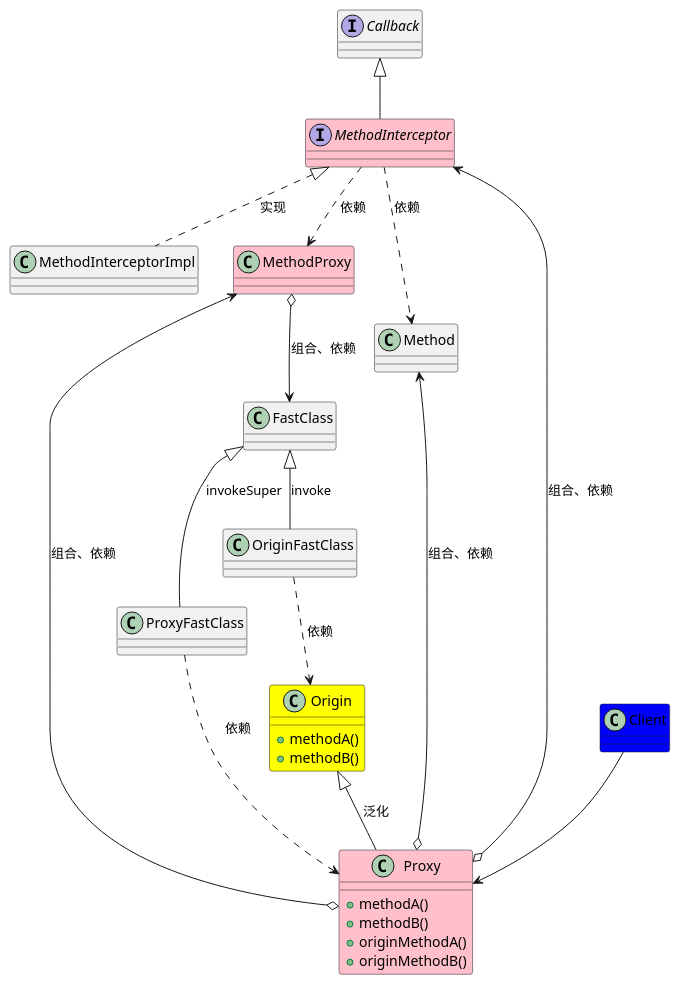
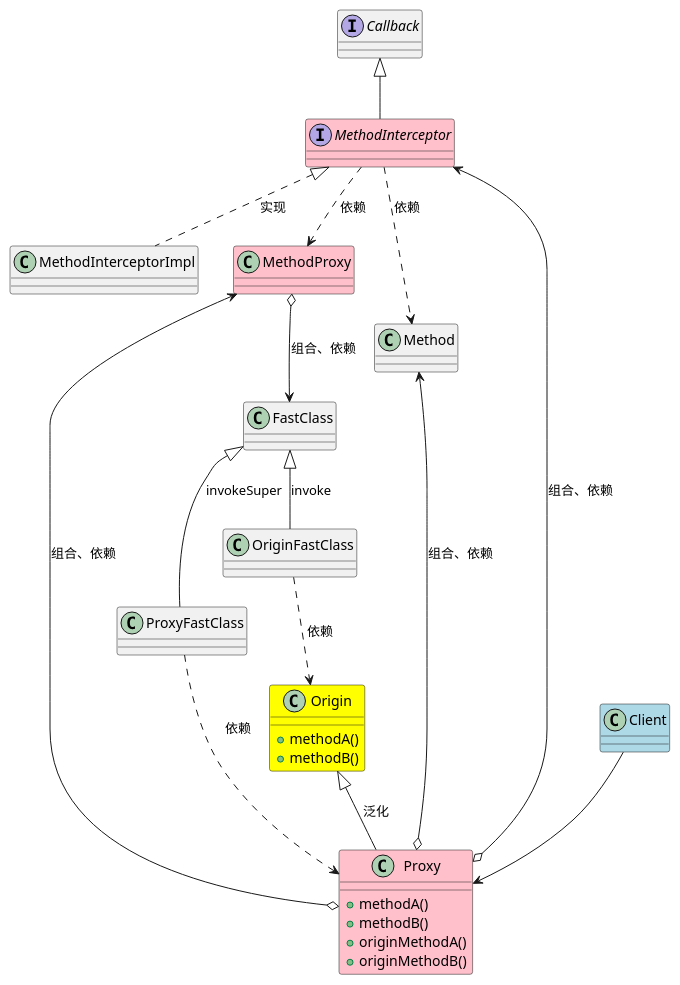
The diagram in src/main/java/chapter48/cglib.puml (wuxiongbo/design_patterns), drawn with PlantUML before and after one commit.

Commit message:
调整

```diff
--- a/src/main/java/chapter48/cglib.puml
+++ b/src/main/java/chapter48/cglib.puml
@@ -1,52 +1,52 @@
 @startuml
 'https://plantuml.com/class-diagram
 'MethodProxy 中包含了：
 '   原方法名对应方法的签名 和 生成方法名对应方法的签名
 '   原方法名对应方法的索引 和 生成方法名对应方法的索引
 '   被代理类class对象、代理类class对象
 
 '调用 proxy 的方法时，决定了 传入拦截器 的 MethodProxy。
 '因此，只要知道了对应的 MethodProxy，就可以同时知道 原方法名、生成方法名 的索引及签名
 '通常，代理方法 methodA、methodB 供外部调用，内部生成方法 CGLIB${xxx}${num} 供内部调用
 
 interface Callback
 interface MethodInterceptor #pink extends Callback
 class MethodInterceptorImpl
 
 
 class Proxy  #pink {
     + methodA()
     + methodB()
     + originMethodA()
     + originMethodB()
 }
 
 class Origin #yellow{
     + methodA()
     + methodB()
 }
-class Client #blue
+class Client #lightblue
 class MethodProxy #pink
 class FastClass #pink
 class ProxyFastClass
 class FastClass
 class OriginFastClass
 
 class Method
 
 MethodInterceptor <|.. MethodInterceptorImpl : 实现
 Proxy o--> MethodInterceptor : 组合、依赖
 MethodProxy o--> FastClass : 组合、依赖
 MethodInterceptor ..> MethodProxy : 依赖
 MethodInterceptor ..> Method : 依赖
 Proxy o--> MethodProxy : 组合、依赖
 Method <--o Proxy : 组合、依赖
 Origin <|-- Proxy : 泛化
 OriginFastClass ..> Origin : 依赖
 ProxyFastClass ..> Proxy : 依赖
 FastClass <|-- ProxyFastClass : invokeSuper
 FastClass <|-- OriginFastClass : invoke
 
 Client --> Proxy
 
 @enduml
```
